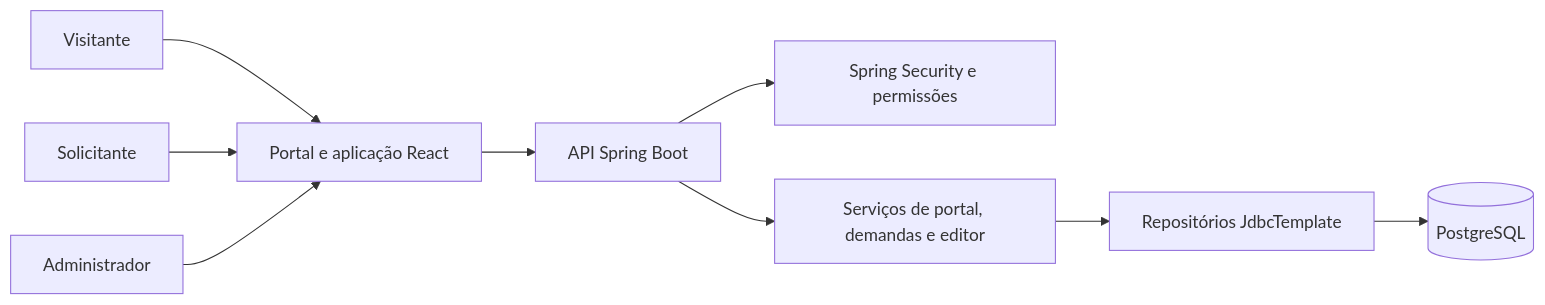
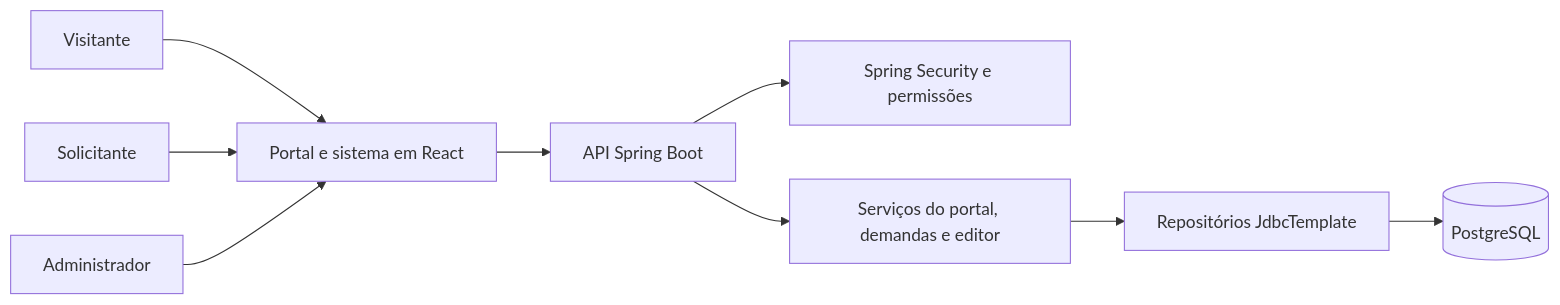
One commit to joaogcardoso/Website-e-Sistema-de-gestao-da-ITES changed the diagram in docs/architecture/target.md. Above: the diagram before and after it, drawn with Mermaid. The commit also changed other lines of this file and 1 other file, not shown here.

````diff
--- a/docs/architecture/target.md
+++ b/docs/architecture/target.md
@@ -3,11 +3,11 @@
 ```mermaid
 flowchart LR
- Visitante --> React[Portal e aplicação React]
+ Visitante --> React[Portal e sistema em React]
  Solicitante --> React
  Administrador --> React
  React --> API[API Spring Boot]
  API --> Seguranca[Spring Security e permissões]
- API --> Dominio[Serviços de portal, demandas e editor]
+ API --> Dominio[Serviços do portal, demandas e editor]
  Dominio --> JDBC[Repositórios JdbcTemplate]
  JDBC --> PG[(PostgreSQL)]
 ```
````
